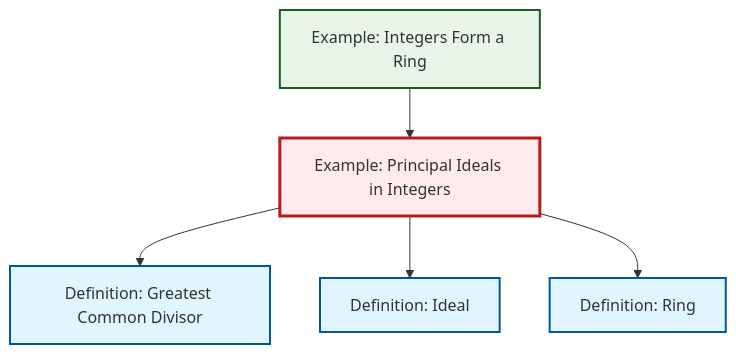
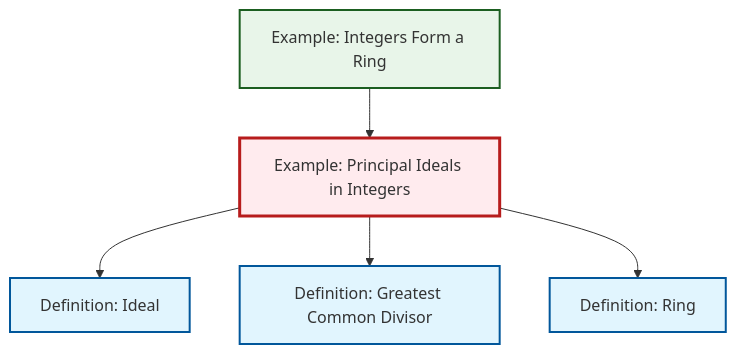
One commit to RK0429/ModernMath changed the diagram in content/en/algebra/ex-principal-ideal.qmd. Above: the diagram before and after it, drawn with Mermaid. The commit also changed other lines of this file and 597 other files, not shown here.

````diff
--- a/content/en/algebra/ex-principal-ideal.qmd
+++ b/content/en/algebra/ex-principal-ideal.qmd
@@ -63,23 +63,23 @@
 ```{mermaid}
 %%| fig-cap: "Local dependency graph"
 graph TD
     classDef definition fill:#e1f5fe,stroke:#01579b,stroke-width:2px
     classDef theorem fill:#f3e5f5,stroke:#4a148c,stroke-width:2px
     classDef axiom fill:#fff3e0,stroke:#e65100,stroke-width:2px
     classDef example fill:#e8f5e9,stroke:#1b5e20,stroke-width:2px
     classDef current fill:#ffebee,stroke:#b71c1c,stroke-width:3px
+    def-ideal["Definition: Ideal"]:::definition
+    def-gcd["Definition: Greatest Common Divisor"]:::definition
+    ex-principal-ideal["Example: Principal Ideals in Integers"]:::example
     def-ring["Definition: Ring"]:::definition
-    def-ideal["Definition: Ideal"]:::definition
-    ex-principal-ideal["Example: Principal Ideals in Integers"]:::example
-    def-gcd["Definition: Greatest Common Divisor"]:::definition
     ex-integers-ring["Example: Integers Form a Ring"]:::example
+    ex-principal-ideal --> def-ideal
+    ex-integers-ring --> ex-principal-ideal
     ex-principal-ideal --> def-gcd
-    ex-integers-ring --> ex-principal-ideal
-    ex-principal-ideal --> def-ideal
     ex-principal-ideal --> def-ring
     class ex-principal-ideal current
-    click def-ring "def-ring.html" "Go to Ring definition"
     click def-ideal "def-ideal.html" "Go to Ideal definition"
     click def-gcd "def-gcd.html" "Go to Greatest Common Divisor definition"
+    click def-ring "def-ring.html" "Go to Ring definition"
     click ex-integers-ring "ex-integers-ring.html" "Go to Integers Form a Ring example"
 ```
````
